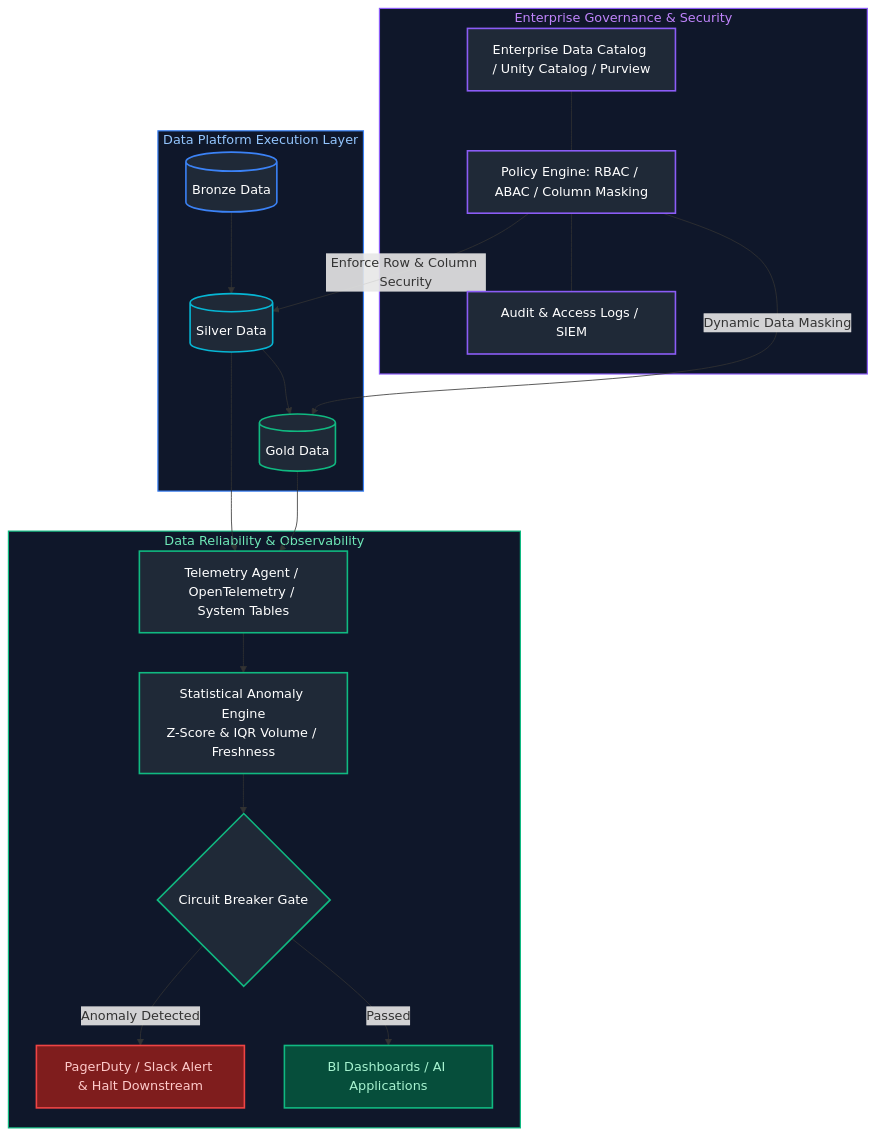
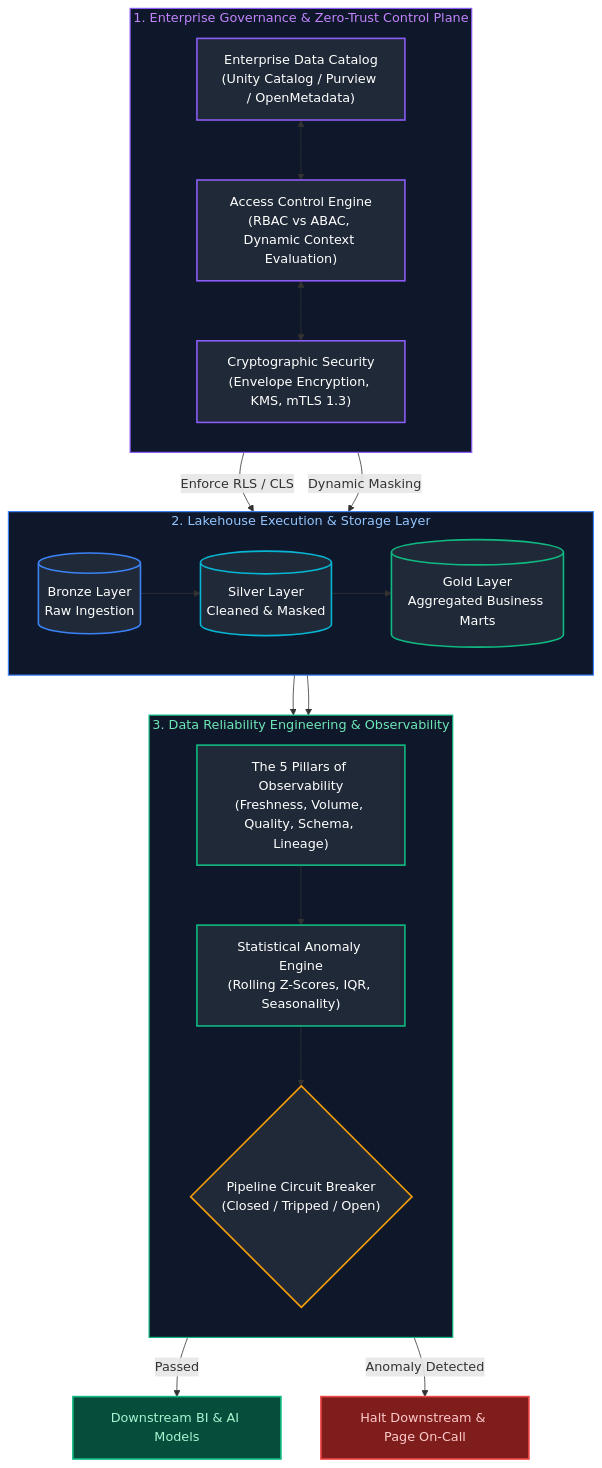
Before and after one commit to joydeep-biswas/Interview-Preparation: the first of 9 diagrams in Data Engineering/14_data_governance_security_and_observability.md, drawn with Mermaid. The commit also changed other lines of this file and 143 other files, not shown here.

````diff
--- a/Data Engineering/14_data_governance_security_and_observability.md
+++ b/Data Engineering/14_data_governance_security_and_observability.md
@@ -9,46 +11,44 @@
 ```mermaid
 flowchart TD
-    subgraph GovernancePlane ["Enterprise Governance & Security"]
-        Catalog[Enterprise Data Catalog / Unity Catalog / Purview]
-        PolicyEngine[Policy Engine: RBAC / ABAC / Column Masking]
-        AuditLog[Audit & Access Logs / SIEM]
-        Catalog --- PolicyEngine
-        PolicyEngine --- AuditLog
+    subgraph GovernancePlane ["1. Enterprise Governance & Zero-Trust Control Plane"]
+        direction TB
+        Catalog["Enterprise Data Catalog<br/>(Unity Catalog / Purview / OpenMetadata)"]
+        AccessEngine["Access Control Engine<br/>(RBAC vs ABAC, Dynamic Context Evaluation)"]
+        Encryption["Cryptographic Security<br/>(Envelope Encryption, KMS, mTLS 1.3)"]
+        Catalog <--> AccessEngine <--> Encryption
     end
 
-    subgraph ExecutionLayer ["Data Platform Execution Layer"]
-        Bronze[(Bronze Data)] --> Silver[(Silver Data)] --> Gold[(Gold Data)]
+    subgraph DataLakehousePlane ["2. Lakehouse Execution & Storage Layer"]
+        direction LR
+        Bronze[("Bronze Layer<br/>Raw Ingestion")] --> Silver[("Silver Layer<br/>Cleaned & Masked")] --> Gold[("Gold Layer<br/>Aggregated Business Marts")]
     end
 
-    PolicyEngine -->|Enforce Row & Column Security| Silver
-    PolicyEngine -->|Dynamic Data Masking| Gold
-
-    subgraph ObservabilityPlane ["Data Reliability & Observability"]
-        Telemetry[Telemetry Agent / OpenTelemetry / System Tables]
-        AnomalyDetector[Statistical Anomaly Engine<br/>Z-Score & IQR Volume / Freshness]
-        CircuitBreaker{Circuit Breaker Gate}
-        
-        Silver --> Telemetry
-        Gold --> Telemetry
-        Telemetry --> AnomalyDetector
-        AnomalyDetector --> CircuitBreaker
-        CircuitBreaker -- Anomaly Detected --> Alert[PagerDuty / Slack Alert & Halt Downstream]
-        CircuitBreaker -- Passed --> BI[BI Dashboards / AI Applications]
+    subgraph ObservabilityPlane ["3. Data Reliability Engineering & Observability"]
+        direction TB
+        FivePillars["The 5 Pillars of Observability<br/>(Freshness, Volume, Quality, Schema, Lineage)"]
+        AnomalyEngine["Statistical Anomaly Engine<br/>(Rolling Z-Scores, IQR, Seasonality)"]
+        CircuitBreaker{"Pipeline Circuit Breaker<br/>(Closed / Tripped / Open)"}
+        FivePillars --> AnomalyEngine --> CircuitBreaker
     end
 
+    AccessEngine -->|"Enforce RLS / CLS"| Silver
+    AccessEngine -->|"Dynamic Masking"| Gold
+    Silver & Gold --> FivePillars
+    CircuitBreaker -- Passed --> Consumers["Downstream BI & AI Models"]
+    CircuitBreaker -- Anomaly Detected --> Alert["Halt Downstream & Page On-Call"]
+
     style GovernancePlane fill:#0f172a,stroke:#8b5cf6,stroke-width:1.5px,color:#c084fc
-    style ExecutionLayer fill:#0f172a,stroke:#3b82f6,stroke-width:1.5px,color:#93c5fd
+    style DataLakehousePlane fill:#0f172a,stroke:#3b82f6,stroke-width:1.5px,color:#93c5fd
     style ObservabilityPlane fill:#0f172a,stroke:#10b981,stroke-width:1.5px,color:#6ee7b7
-
     style Catalog fill:#1f2937,stroke:#8b5cf6,stroke-width:2px,color:#fff
-    style PolicyEngine fill:#1f2937,stroke:#8b5cf6,stroke-width:2px,color:#fff
-    style AuditLog fill:#1f2937,stroke:#8b5cf6,stroke-width:2px,color:#fff
+    style AccessEngine fill:#1f2937,stroke:#8b5cf6,stroke-width:2px,color:#fff
+    style Encryption fill:#1f2937,stroke:#8b5cf6,stroke-width:2px,color:#fff
     style Bronze fill:#1f2937,stroke:#3b82f6,stroke-width:2px,color:#fff
     style Silver fill:#1f2937,stroke:#06b6d4,stroke-width:2px,color:#fff
     style Gold fill:#1f2937,stroke:#10b981,stroke-width:2px,color:#fff
-    style Telemetry fill:#1f2937,stroke:#10b981,stroke-width:2px,color:#fff
-    style AnomalyDetector fill:#1f2937,stroke:#10b981,stroke-width:2px,color:#fff
-    style CircuitBreaker fill:#1f2937,stroke:#10b981,stroke-width:2px,color:#fff
+    style FivePillars fill:#1f2937,stroke:#10b981,stroke-width:2px,color:#fff
+    style AnomalyEngine fill:#1f2937,stroke:#10b981,stroke-width:2px,color:#fff
+    style CircuitBreaker fill:#1f2937,stroke:#f59e0b,stroke-width:2px,color:#fff
+    style Consumers fill:#064e3b,stroke:#10b981,stroke-width:2px,color:#a7f3d0
     style Alert fill:#7f1d1d,stroke:#ef4444,stroke-width:2px,color:#fecaca
-    style BI fill:#064e3b,stroke:#10b981,stroke-width:2px,color:#a7f3d0
 ```
````
